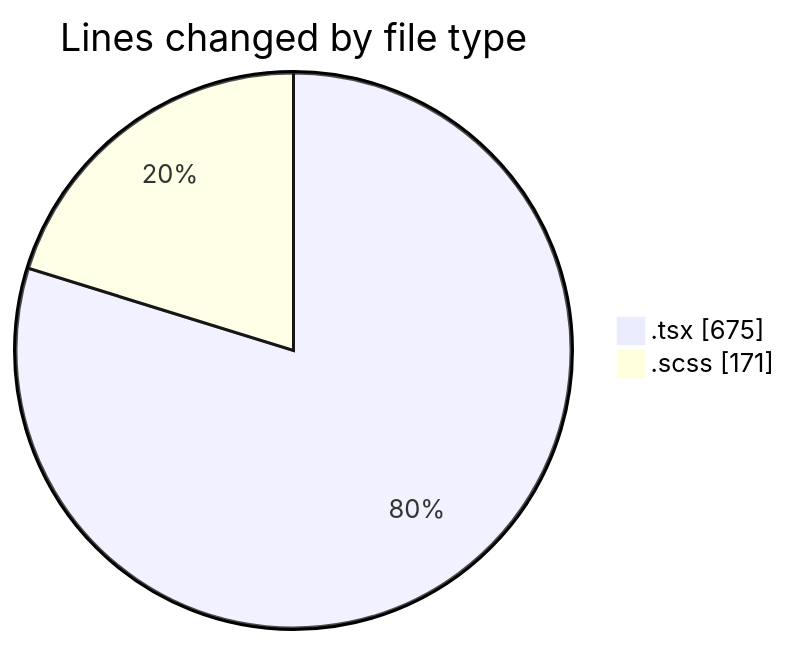
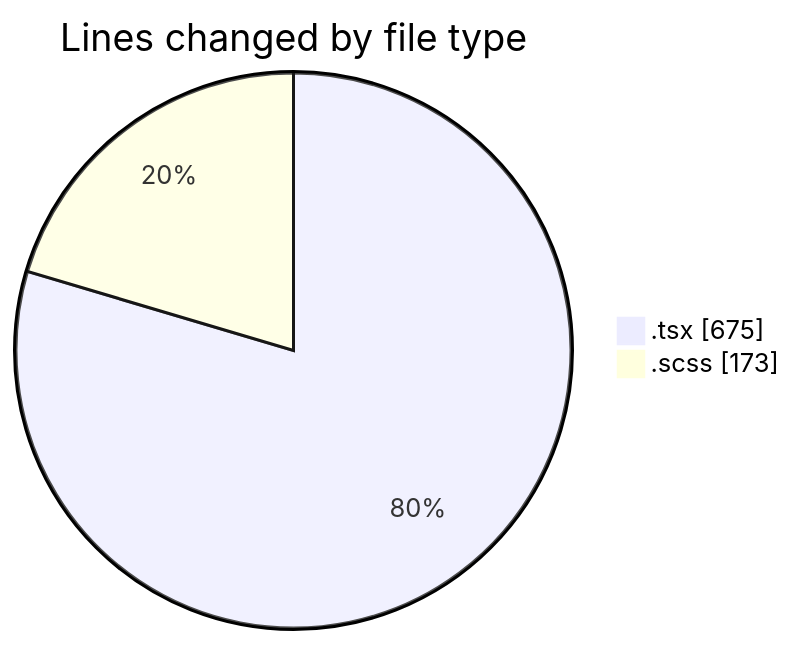
One commit to momahboobian/code-tracking changed the first of 2 diagrams in 2026-04-16/cda/README.md. Above: the diagram before and after it, drawn with Mermaid. The commit also changed other lines of this file and 1 other file, not shown here.

````diff
--- a/2026-04-16/cda/README.md
+++ b/2026-04-16/cda/README.md
@@ -23,6 +23,6 @@
 ```mermaid
 pie showData
 title Lines changed by file type
 ".tsx" : 675
-".scss" : 171
+".scss" : 173
 ```
````
